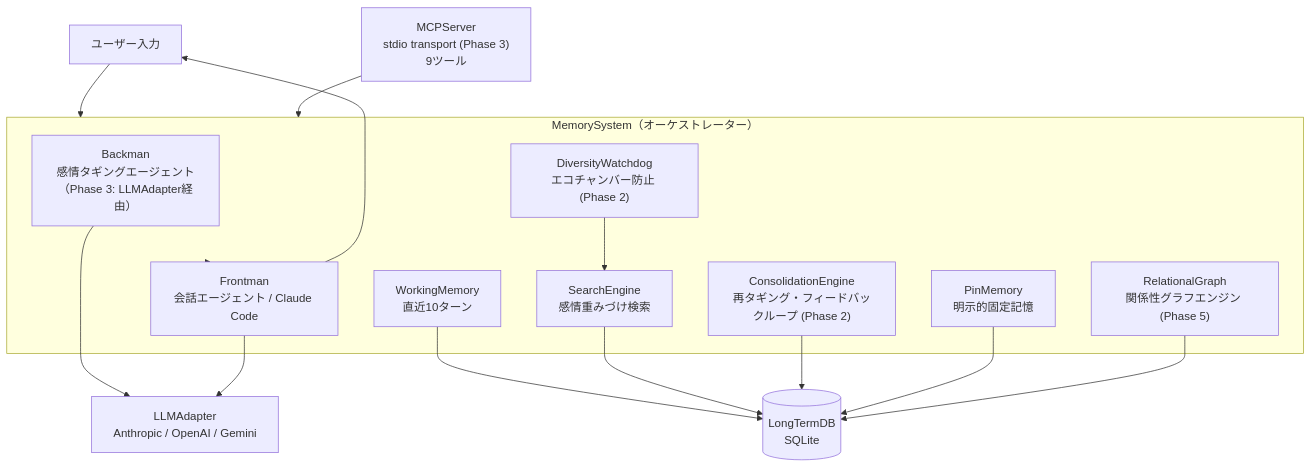
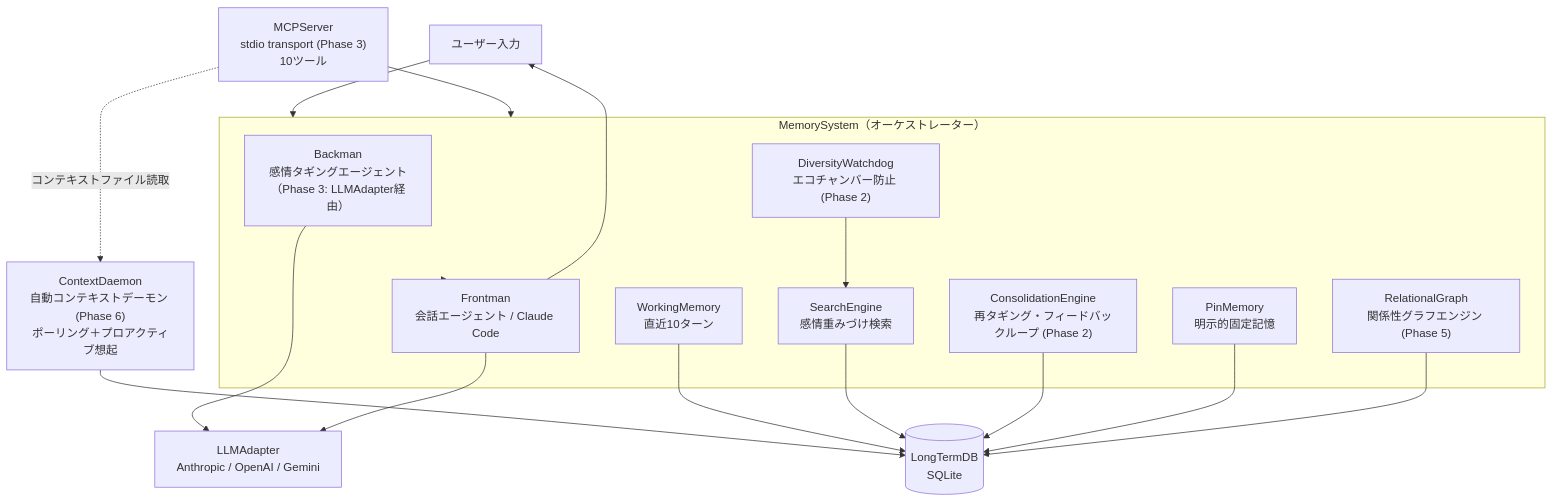
One commit to NOBI327/amygdala changed the diagram in README_ja.md. Above: the diagram before and after it, drawn with Mermaid. The commit also changed other lines of this file and 1 other file, not shown here.

First line of the commit message:
Update README for Phase 6: auto-context daemon

````diff
--- a/README_ja.md
+++ b/README_ja.md
@@ -89,32 +92,35 @@
 ```mermaid
 graph TD
     User["ユーザー入力"] --> MemorySystem
 
     subgraph MemorySystem["MemorySystem（オーケストレーター）"]
         Backman["Backman\n感情タギングエージェント\n（Phase 3: LLMAdapter経由）"]
         SearchEngine["SearchEngine\n感情重みづけ検索"]
         DiversityWatchdog["DiversityWatchdog\nエコチャンバー防止 (Phase 2)"]
         ConsolidationEngine["ConsolidationEngine\n再タギング・フィードバックループ (Phase 2)"]
         RelationalGraph["RelationalGraph\n関係性グラフエンジン (Phase 5)"]
         WorkingMemory["WorkingMemory\n直近10ターン"]
         PinMemory["PinMemory\n明示的固定記憶"]
         Frontman["Frontman\n会話エージェント / Claude Code"]
     end
 
     LongTermDB[("LongTermDB\nSQLite")]
     LLMAdapter["LLMAdapter\nAnthropic / OpenAI / Gemini"]
-    MCPServer["MCPServer\nstdio transport (Phase 3)\n9ツール"]
+    ContextDaemon["ContextDaemon\n自動コンテキストデーモン (Phase 6)\nポーリング＋プロアクティブ想起"]
+    MCPServer["MCPServer\nstdio transport (Phase 3)\n10ツール"]
 
     Backman --> LLMAdapter
     Frontman --> LLMAdapter
     MCPServer --> MemorySystem
+    ContextDaemon --> LongTermDB
+    MCPServer -.->|コンテキストファイル読取| ContextDaemon
     WorkingMemory --> LongTermDB
     SearchEngine --> LongTermDB
     ConsolidationEngine --> LongTermDB
     PinMemory --> LongTermDB
     RelationalGraph --> LongTermDB
     DiversityWatchdog --> SearchEngine
 
     MemorySystem --> Frontman
     Frontman --> User
 ```
````
